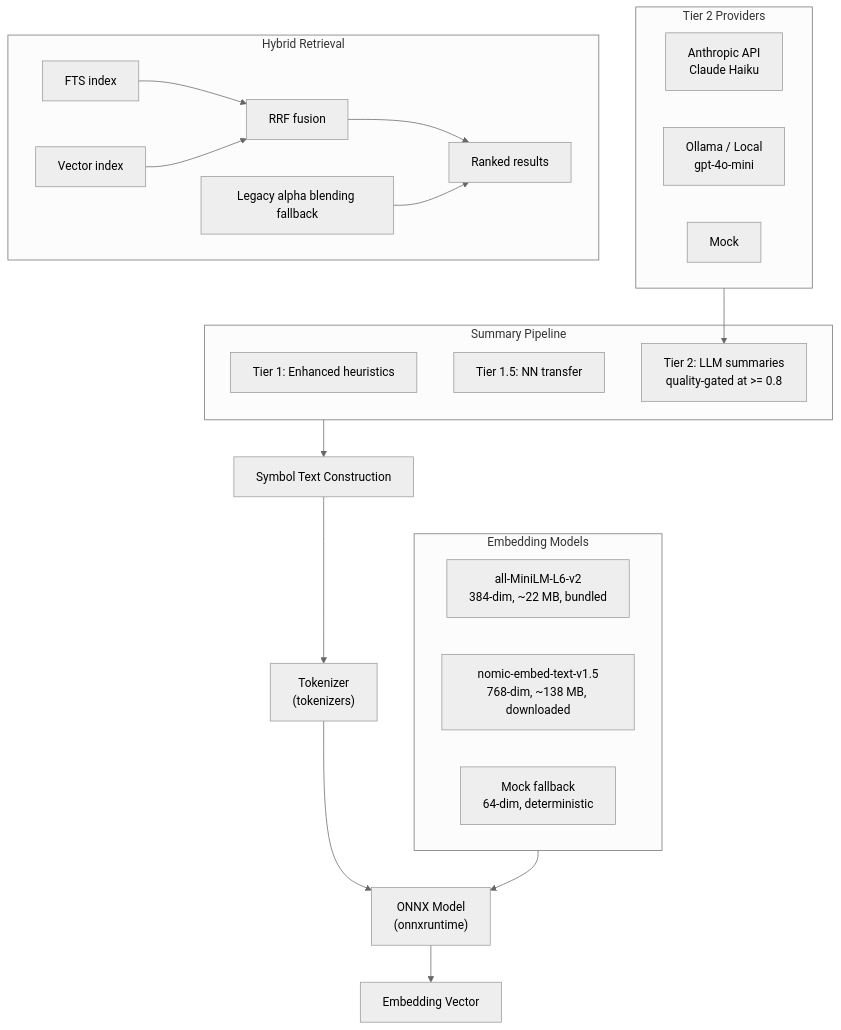
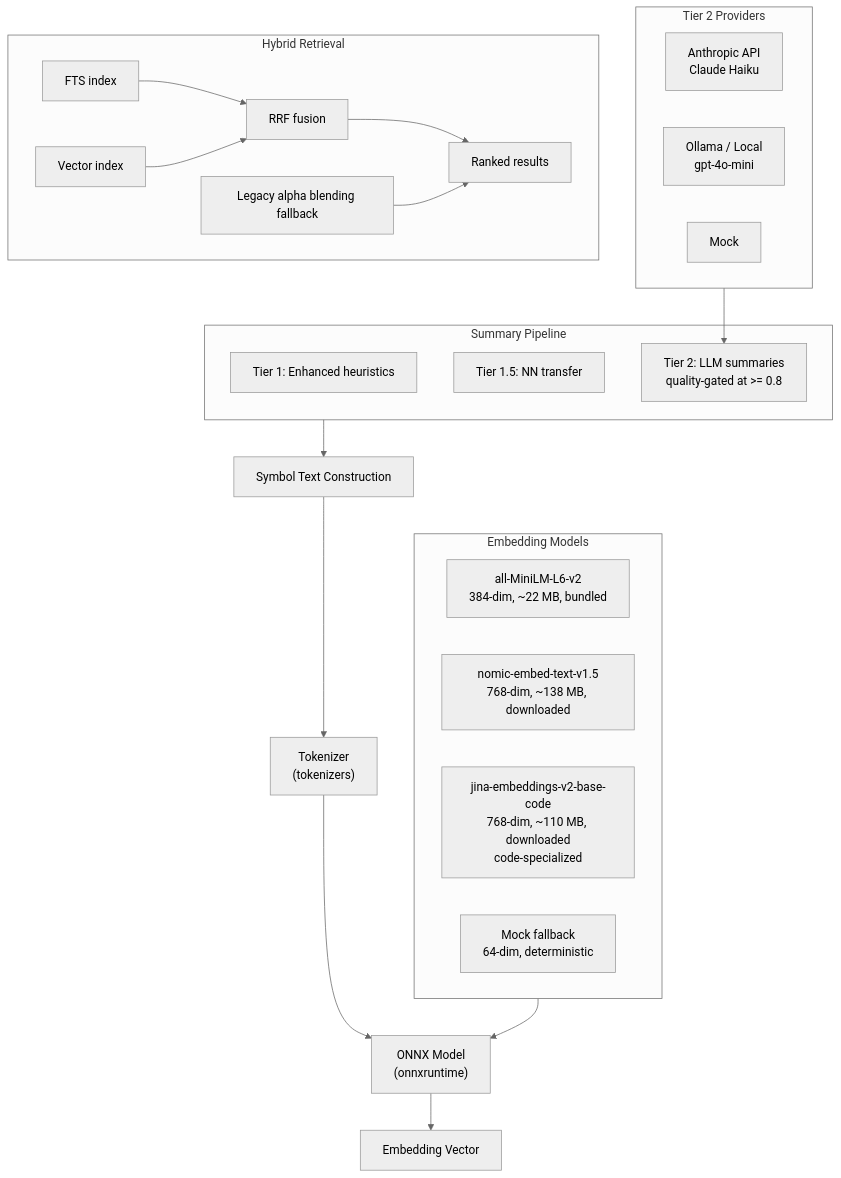
The first of 3 diagrams in docs/feature-deep-dives/semantic-embeddings-setup.md (GlitterKill/sdl-mcp), drawn with Mermaid (neutral theme) before and after one commit. The commit also changed other lines of this file and 12 other files, not shown here.

````diff
--- a/docs/feature-deep-dives/semantic-embeddings-setup.md
+++ b/docs/feature-deep-dives/semantic-embeddings-setup.md
@@ -13,33 +13,34 @@
 ```mermaid
 flowchart TD
     Text["Symbol Text Construction"] --> Tokenizer["Tokenizer<br/>(tokenizers)"] --> Onnx["ONNX Model<br/>(onnxruntime)"] --> Vector["Embedding Vector"]
 
     subgraph Models["Embedding Models"]
         MiniLM["all-MiniLM-L6-v2<br/>384-dim, ~22 MB, bundled"]
         Nomic["nomic-embed-text-v1.5<br/>768-dim, ~138 MB, downloaded"]
+        Jina["jina-embeddings-v2-base-code<br/>768-dim, ~110 MB, downloaded<br/>code-specialized"]
         Mock["Mock fallback<br/>64-dim, deterministic"]
     end
 
     subgraph Summary["Summary Pipeline"]
         Tier1["Tier 1: Enhanced heuristics"]
         Tier15["Tier 1.5: NN transfer"]
         Tier2["Tier 2: LLM summaries<br/>quality-gated at >= 0.8"]
     end
 
     subgraph Providers["Tier 2 Providers"]
         Anthropic["Anthropic API<br/>Claude Haiku"]
         Ollama["Ollama / Local<br/>gpt-4o-mini"]
         MockProvider["Mock"]
     end
 
     subgraph Retrieval["Hybrid Retrieval"]
         FTS["FTS index"] --> RRF["RRF fusion"]
         VecIndex["Vector index"] --> RRF
         RRF --> Results["Ranked results"]
         Fallback["Legacy alpha blending fallback"] --> Results
     end
 
     Models --> Onnx
     Summary --> Text
     Providers --> Tier2
 ```
````
